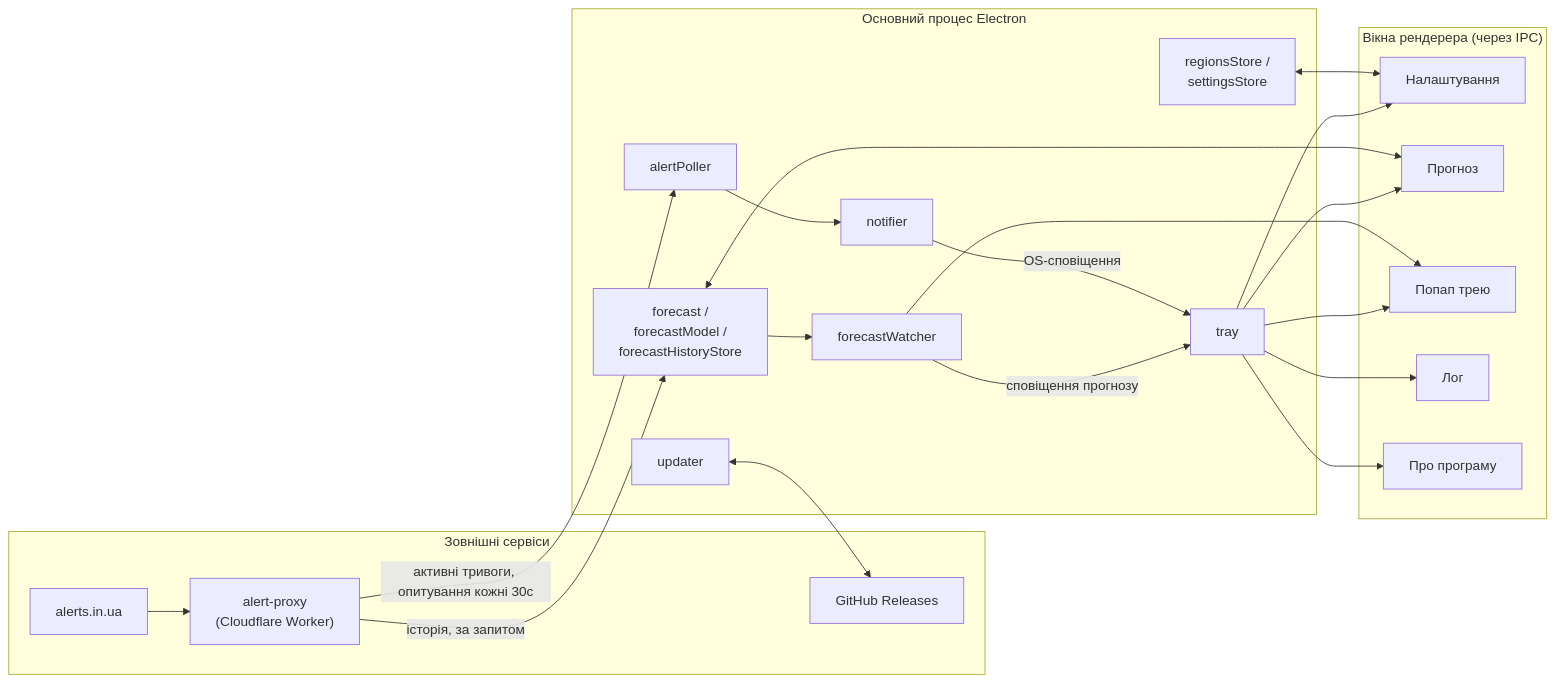
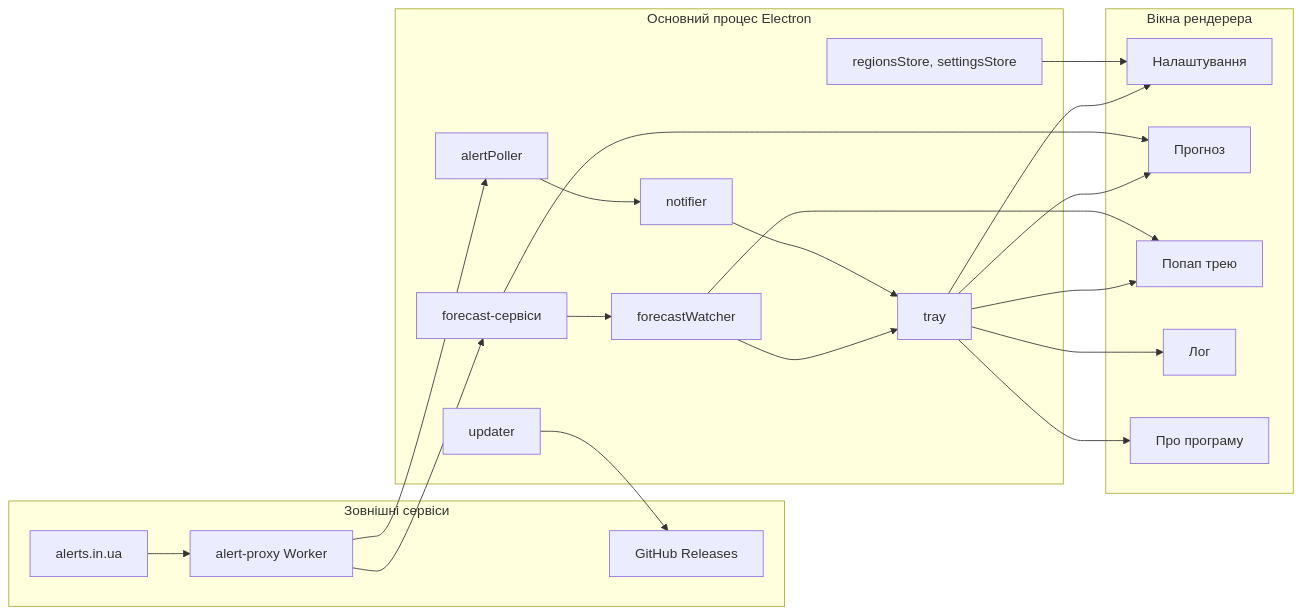
Before and after one commit to sergeiown/Alert_Server: the diagram in README-UA.md, drawn with Mermaid. The commit also changed 1 other file, not shown here.

Commit message:
Simplify Mermaid diagram syntax for broader renderer compatibility
Quoted subgraph["Title"] declarations and <br/> line breaks inside
node labels are a known source of GitHub's Mermaid viewer hanging on
an infinite spinner instead of rendering or erroring. Switched to the
plainest supported form: bare subgraph titles and single-line node
labels.

````diff
--- a/README-UA.md
+++ b/README-UA.md
@@ -11,48 +11,48 @@
 ```mermaid
 flowchart LR
-    subgraph ext["Зовнішні сервіси"]
-        api["alerts.in.ua"]
-        proxy["alert-proxy<br/>(Cloudflare Worker)"]
-        gh["GitHub Releases"]
+    subgraph Зовнішні сервіси
+        api[alerts.in.ua]
+        proxy[alert-proxy Worker]
+        gh[GitHub Releases]
     end
 
-    subgraph main["Основний процес Electron"]
-        poller["alertPoller"]
-        notifier["notifier"]
-        forecast["forecast /<br/>forecastModel /<br/>forecastHistoryStore"]
-        watcher["forecastWatcher"]
-        tray["tray"]
-        stores["regionsStore /<br/>settingsStore"]
-        updater["updater"]
+    subgraph Основний процес Electron
+        poller[alertPoller]
+        notifier[notifier]
+        forecast[forecast-сервіси]
+        watcher[forecastWatcher]
+        tray[tray]
+        stores[regionsStore, settingsStore]
+        updater[updater]
     end
 
-    subgraph windows["Вікна рендерера (через IPC)"]
-        settingsWin["Налаштування"]
-        forecastWin["Прогноз"]
-        popup["Попап трею"]
-        logWin["Лог"]
-        aboutWin["Про програму"]
+    subgraph Вікна рендерера
+        settingsWin[Налаштування]
+        forecastWin[Прогноз]
+        popup[Попап трею]
+        logWin[Лог]
+        aboutWin[Про програму]
     end
 
     api --> proxy
-    proxy -->|активні тривоги, опитування кожні 30с| poller
-    proxy -->|історія, за запитом| forecast
+    proxy --> poller
+    proxy --> forecast
 
     poller --> notifier
-    notifier -->|OS-сповіщення| tray
+    notifier --> tray
 
     forecast --> watcher
-    watcher -->|сповіщення прогнозу| tray
+    watcher --> tray
     watcher --> popup
 
-    stores <--> settingsWin
-    forecast <--> forecastWin
+    stores --> settingsWin
+    forecast --> forecastWin
 
     tray --> settingsWin
     tray --> forecastWin
     tray --> logWin
     tray --> aboutWin
     tray --> popup
 
-    updater <--> gh
+    updater --> gh
 ```
````
